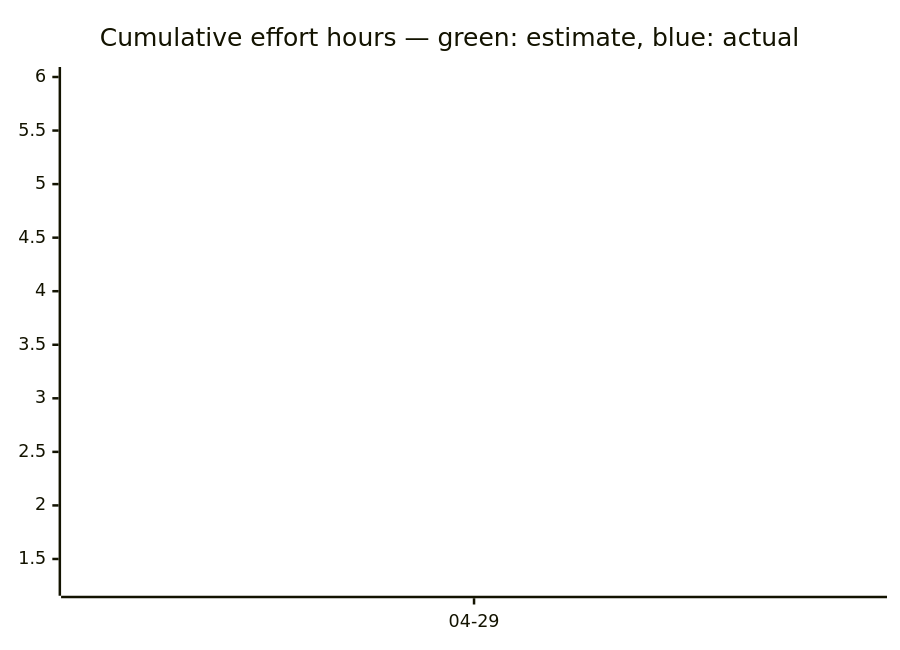
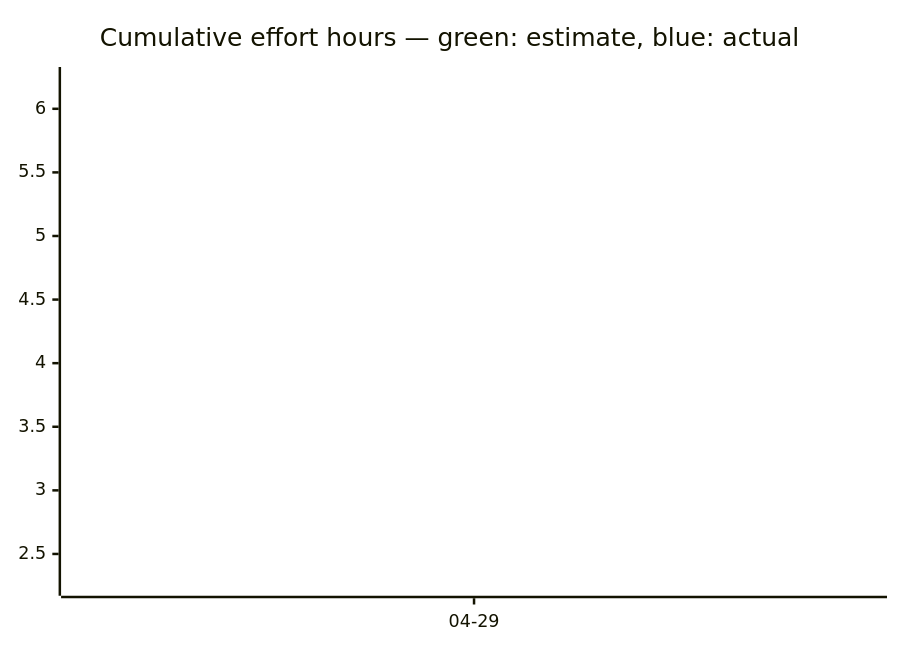
The third of 3 diagrams in docs/developers/tasks/OVERVIEW.md (tgd1975/AwesomeStudioPedal), drawn with Mermaid before and after one commit. The commit also changed other lines of this file and 23 other files, not shown here.

````diff
--- a/docs/developers/tasks/OVERVIEW.md
+++ b/docs/developers/tasks/OVERVIEW.md
@@ -38,7 +38,7 @@
 ```mermaid
 xychart-beta
     title "Cumulative effort hours — green: estimate, blue: actual"
     x-axis ["04-29"]
-    line [6]
-    line [1.25]
+    line [6.25]
+    line [2.25]
 ```
````
